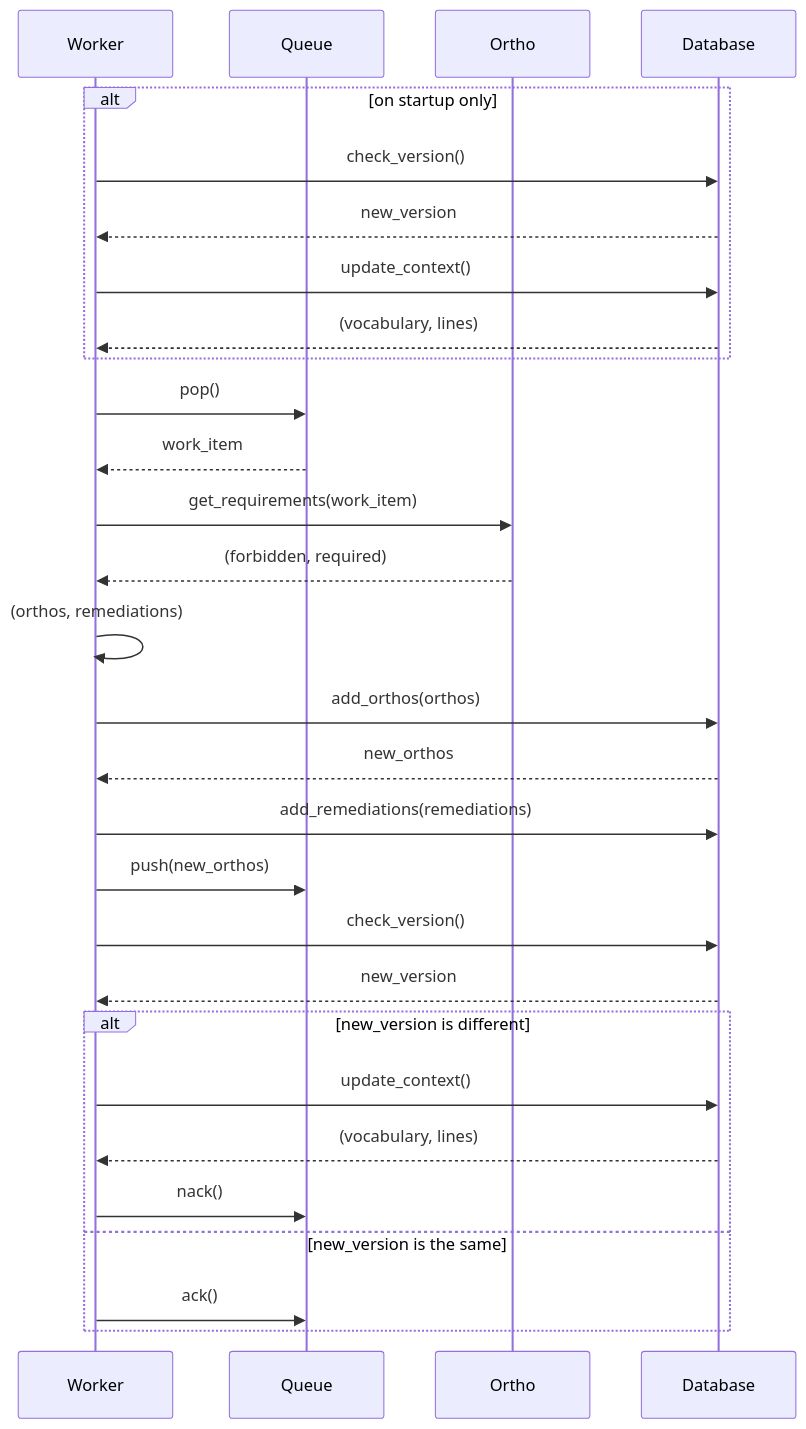
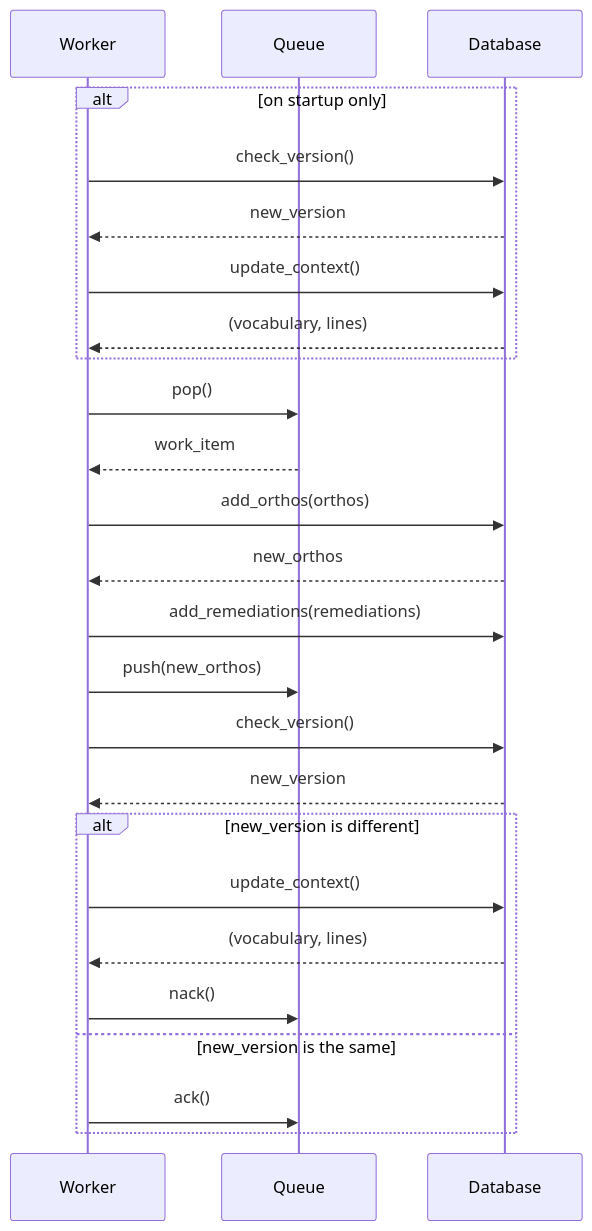
Before and after one commit to michaelrauh/crochet: the diagram in work.md, drawn with Mermaid. The commit also changed 6 other files, not shown here.

````diff
--- a/work.md
+++ b/work.md
@@ -1,34 +1,30 @@
 ```mermaid
 sequenceDiagram
     participant Worker
     participant Queue
-    participant Ortho
     participant Database
 
     alt on startup only
         Worker->>Database: check_version()
         Database-->>Worker: new_version
         Worker->>Database: update_context()
         Database-->>Worker: (vocabulary, lines)
     end
 
     Worker->>Queue: pop()
     Queue-->>Worker: work_item
-    Worker->>Ortho: get_requirements(work_item)
-    Ortho-->>Worker: (forbidden, required)
-    Worker ->> Worker: (orthos, remediations)
     Worker->>Database: add_orthos(orthos)
     Database-->>Worker: new_orthos
     Worker->>Database: add_remediations(remediations)
     Worker->>Queue: push(new_orthos)
     Worker->>Database: check_version()
     Database-->>Worker: new_version
 
     alt new_version is different
         Worker->>Database: update_context()
         Database-->>Worker: (vocabulary, lines)
         Worker->>Queue: nack()
     else new_version is the same
         Worker->>Queue: ack()
     end
 ```
````
